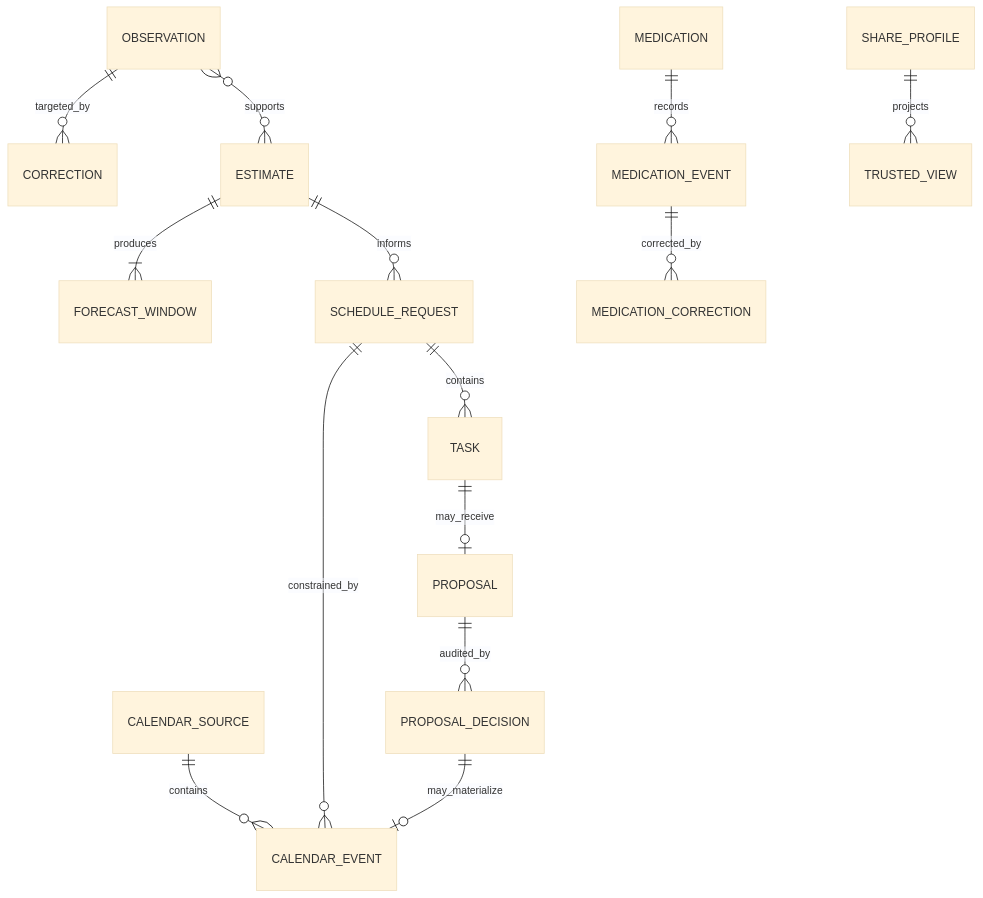
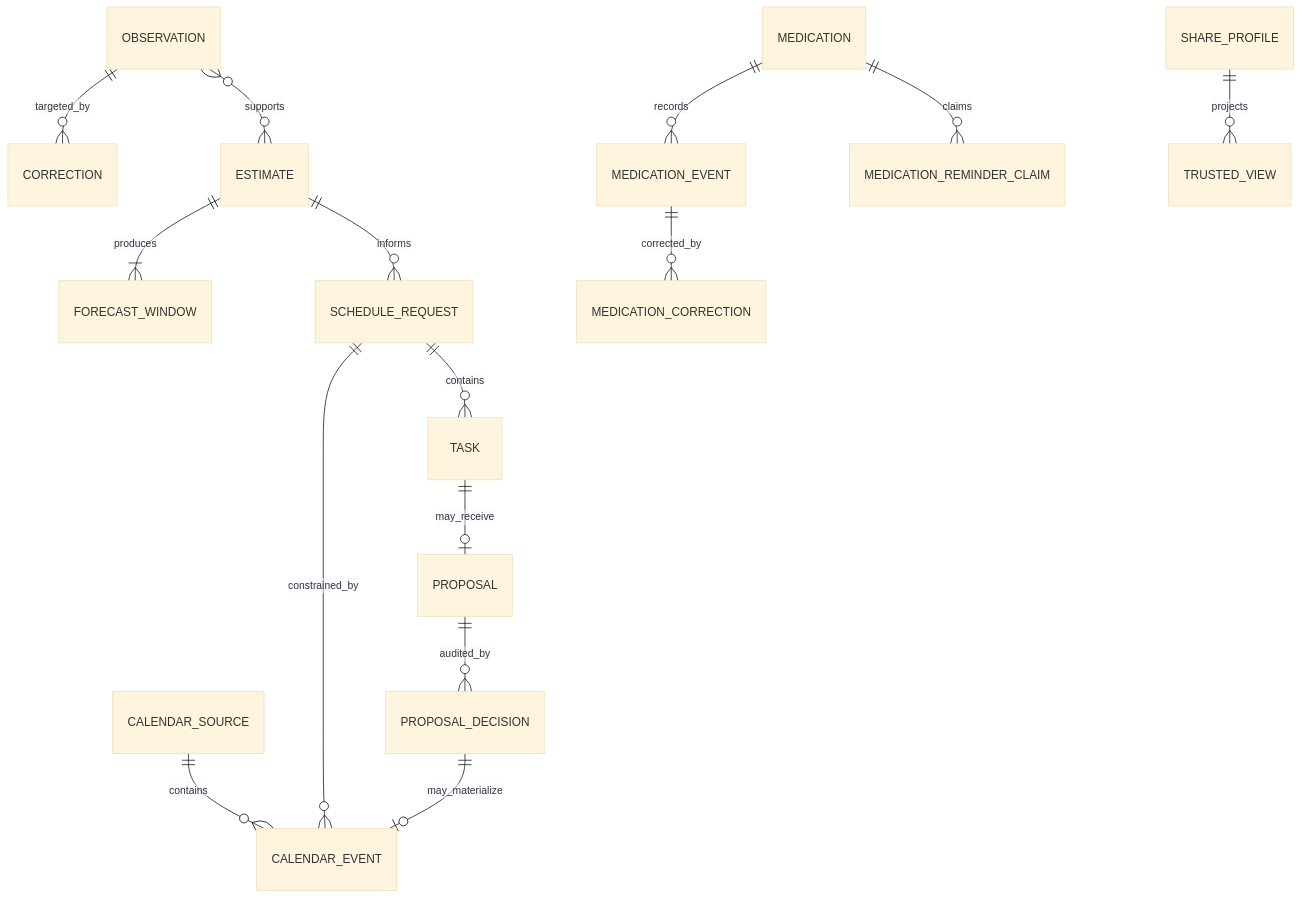
One commit to wellivea1/ZeitBoard changed the diagram in docs/data-model.md. Above: the diagram before and after it, drawn with Mermaid (base theme). The commit also changed other lines of this file and 46 other files, not shown here.

````diff
--- a/docs/data-model.md
+++ b/docs/data-model.md
@@ -99,16 +110,17 @@
 ```mermaid
 erDiagram
   OBSERVATION ||--o{ CORRECTION : targeted_by
   OBSERVATION }o--o{ ESTIMATE : supports
   ESTIMATE ||--|{ FORECAST_WINDOW : produces
   ESTIMATE ||--o{ SCHEDULE_REQUEST : informs
   CALENDAR_SOURCE ||--o{ CALENDAR_EVENT : contains
   MEDICATION ||--o{ MEDICATION_EVENT : records
+  MEDICATION ||--o{ MEDICATION_REMINDER_CLAIM : claims
   MEDICATION_EVENT ||--o{ MEDICATION_CORRECTION : corrected_by
   SCHEDULE_REQUEST ||--o{ CALENDAR_EVENT : constrained_by
   SCHEDULE_REQUEST ||--o{ TASK : contains
   TASK ||--o| PROPOSAL : may_receive
   PROPOSAL ||--o{ PROPOSAL_DECISION : audited_by
   PROPOSAL_DECISION ||--o| CALENDAR_EVENT : may_materialize
   SHARE_PROFILE ||--o{ TRUSTED_VIEW : projects
 ```
````
